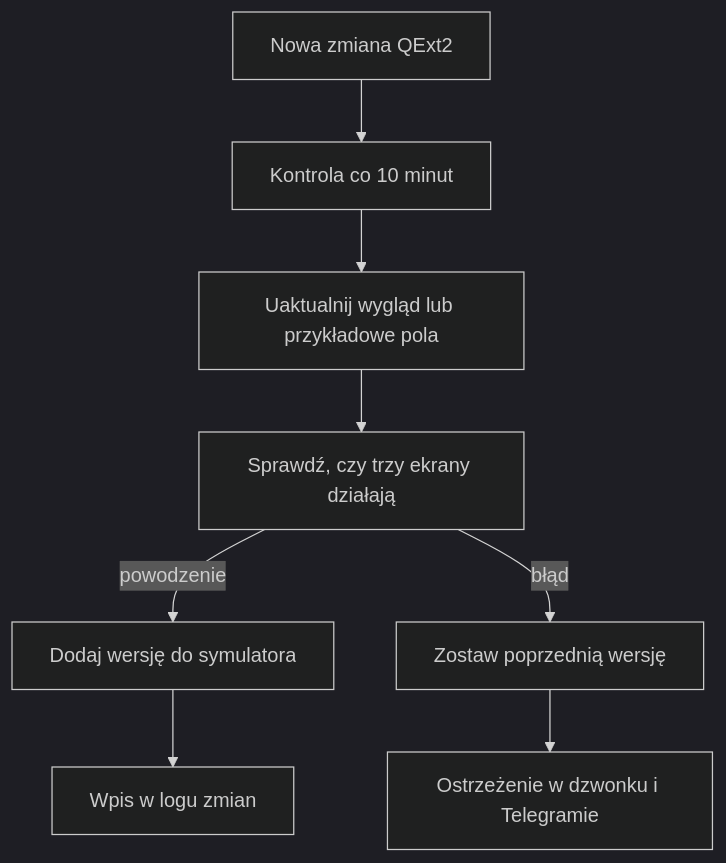
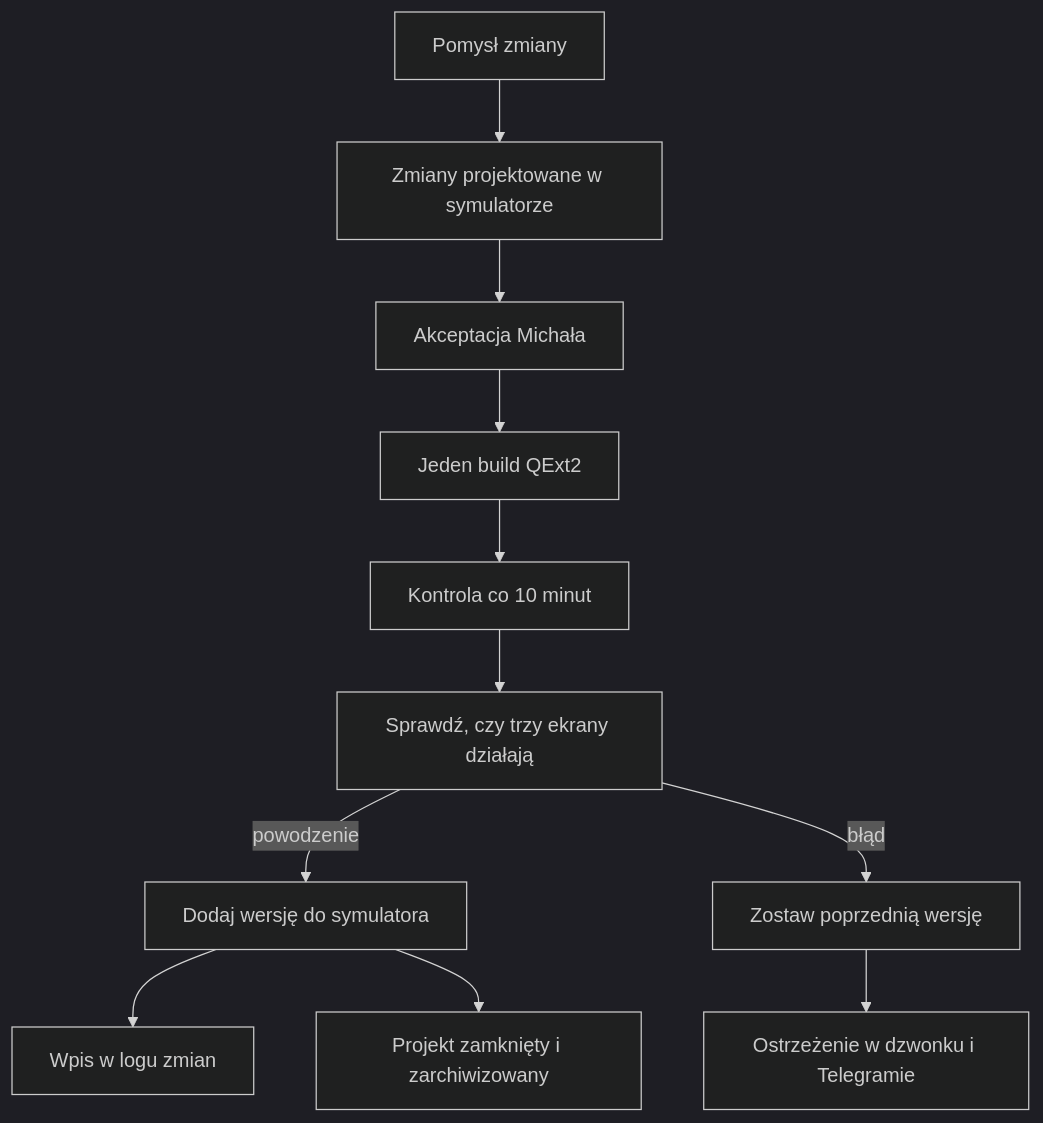
One commit to QbotMS/QbotQ changed the diagram in docs/wiki/qext2/symulator.md. Above: the diagram before and after it, drawn with Mermaid (dark theme). The commit also changed other lines of this file and 12 other files, not shown here.

````diff
--- a/docs/wiki/qext2/symulator.md
+++ b/docs/wiki/qext2/symulator.md
@@ -41,10 +44,13 @@
 ```mermaid
 flowchart TD
-  Zmiana[Nowa zmiana QExt2] --> Automat[Kontrola co 10 minut]
-  Automat --> Przeniesienie[Uaktualnij wygląd lub przykładowe pola]
-  Przeniesienie --> Proba[Sprawdź, czy trzy ekrany działają]
+  Pomysl[Pomysł zmiany] --> Projekt[Zmiany projektowane w symulatorze]
+  Projekt --> Akcept[Akceptacja Michała]
+  Akcept --> Build[Jeden build QExt2]
+  Build --> Automat[Kontrola co 10 minut]
+  Automat --> Proba[Sprawdź, czy trzy ekrany działają]
   Proba -->|powodzenie| Nowa[Dodaj wersję do symulatora]
   Proba -->|błąd| Stara[Zostaw poprzednią wersję]
   Nowa --> Log[Wpis w logu zmian]
+  Nowa --> Zamknij[Projekt zamknięty i zarchiwizowany]
   Stara --> Ostrzezenie[Ostrzeżenie w dzwonku i Telegramie]
 ```
````
